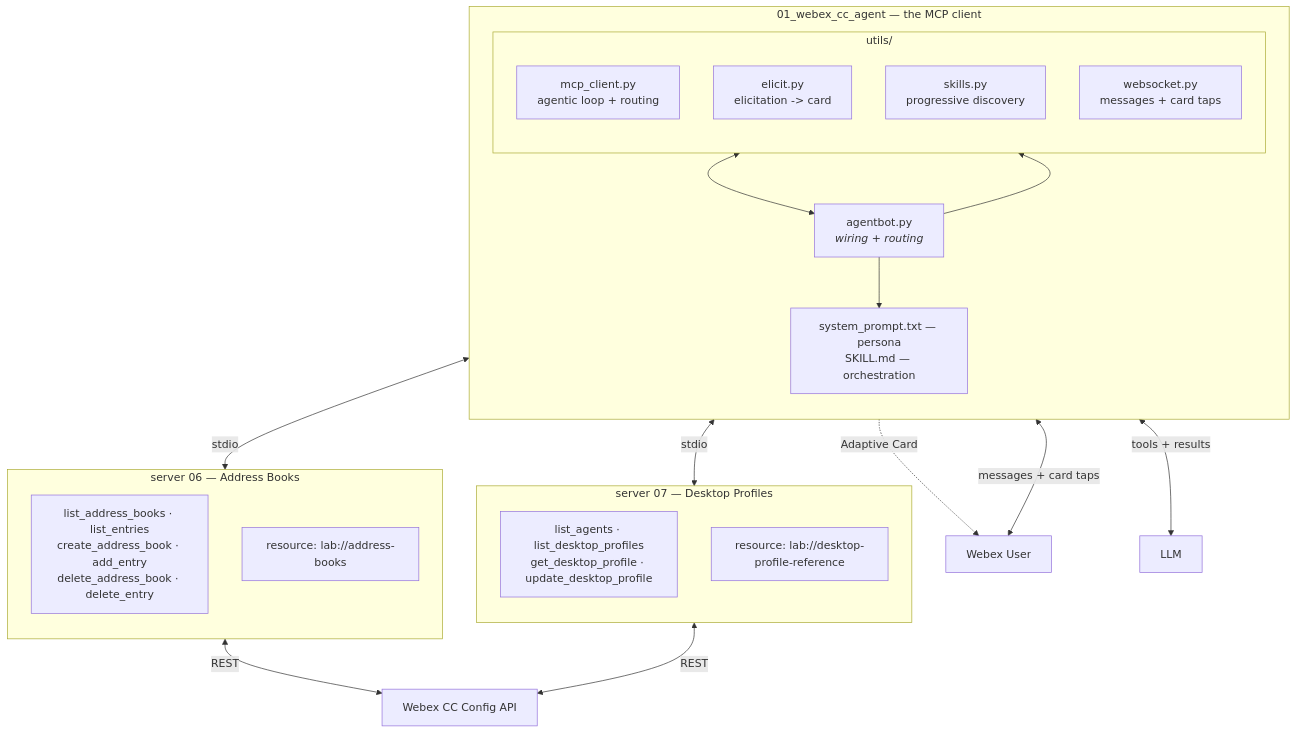
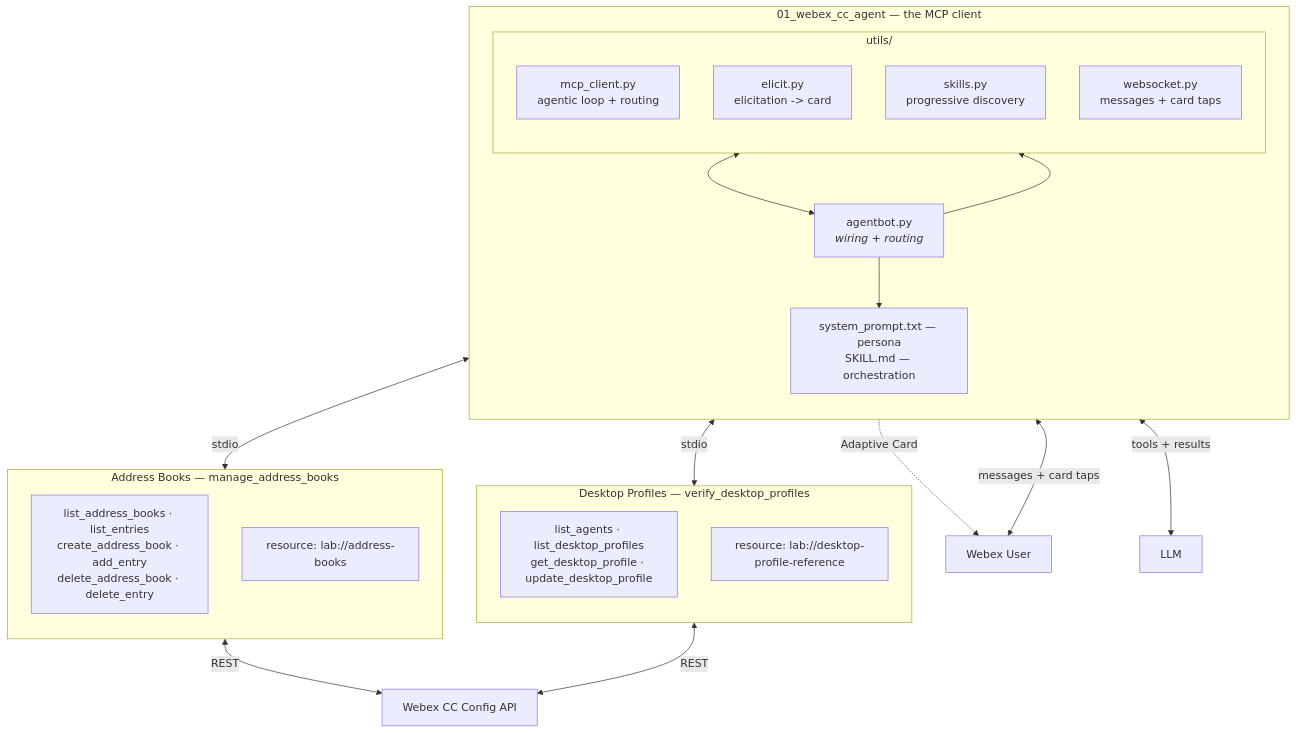
The third of 5 diagrams in docs/lab8_use-cases.md (WebexCC-SA/LAB-31123), drawn with Mermaid before and after one commit. The commit also changed other lines of this file, not shown here.

````diff
--- a/docs/lab8_use-cases.md
+++ b/docs/lab8_use-cases.md
@@ -675,43 +675,43 @@
 ```mermaid
 flowchart TB
     User["Webex User"]
 
     subgraph Agent["01_webex_cc_agent — the MCP client"]
         direction TB
         Bot["agentbot.py<br/><i>wiring + routing</i>"]
         Know["system_prompt.txt — persona<br/>SKILL.md — orchestration"]
         subgraph Engine["utils/"]
             direction TB
             MC["mcp_client.py<br/>agentic loop + routing"]
             EL["elicit.py<br/>elicitation -> card"]
             SK["skills.py<br/>progressive discovery"]
             WS["websocket.py<br/>messages + card taps"]
         end
     end
 
-    subgraph S06["server 06 — Address Books"]
+    subgraph S06["Address Books — manage_address_books"]
         direction TB
         T06["list_address_books · list_entries<br/>create_address_book · add_entry<br/>delete_address_book · delete_entry"]
         R06["resource: lab://address-books"]
     end
 
-    subgraph S07["server 07 — Desktop Profiles"]
+    subgraph S07["Desktop Profiles — verify_desktop_profiles"]
         direction TB
         T07["list_agents · list_desktop_profiles<br/>get_desktop_profile · update_desktop_profile"]
         R07["resource: lab://desktop-profile-reference"]
     end
 
     CC["Webex CC Config API"]
     LLM["LLM"]
 
     User <-->|"messages + card taps"| WS
     WS <--> Bot
     Bot --> Know
     Bot --> MC
     MC <-->|"tools + results"| LLM
     MC <-->|stdio| S06
     MC <-->|stdio| S07
     EL -.->|"Adaptive Card"| User
     S06 <-->|REST| CC
     S07 <-->|REST| CC
 ```
````
